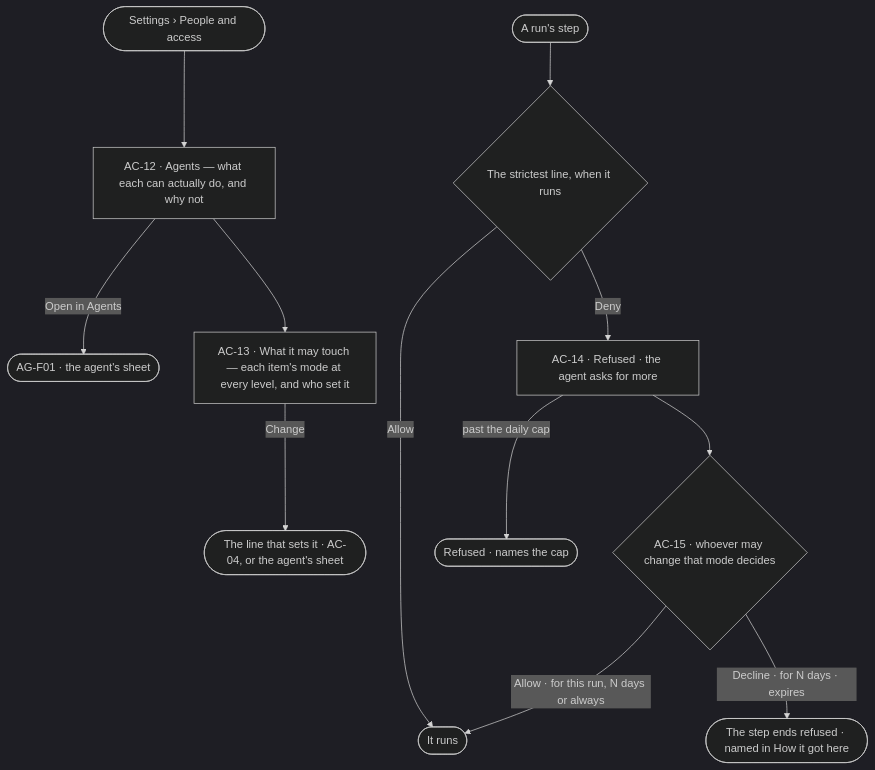
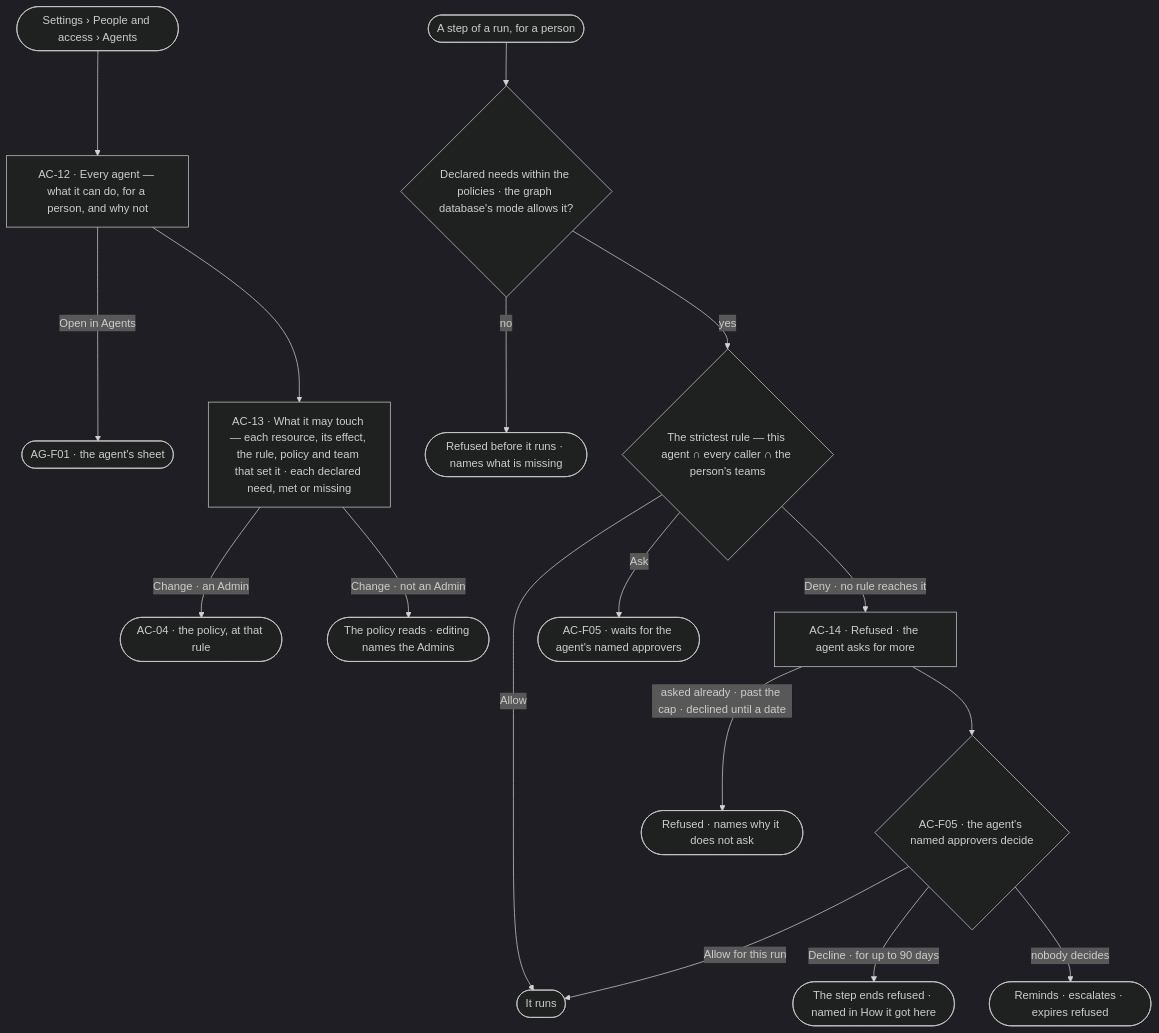
The first of 2 diagrams in specs/os/access/features/AC-F04-what-an-agent-may-touch/feature.md (invana/invana), drawn with Mermaid (dark theme) before and after one commit. The commit also changed other lines of this file and 522 other files, not shown here.

First line of the commit message:
feat(specs): specs-planes — Access, Control, Agents, Evidence and Ontology planes

````diff
--- a/specs/os/access/features/AC-F04-what-an-agent-may-touch/feature.md
+++ b/specs/os/access/features/AC-F04-what-an-agent-may-touch/feature.md
@@ -24,14 +27,19 @@
 ```mermaid
 flowchart TD
-  start([Settings › People and access]) --> ag["AC-12 · Agents — what each can actually do, and why not"]
+  start([Settings › People and access › Agents]) --> ag["AC-12 · Every agent — what it can do, for a person, and why not"]
   ag -->|Open in Agents| agx(["AG-F01 · the agent's sheet"])
-  ag --> touch["AC-13 · What it may touch — each item's mode at every level, and who set it"]
-  touch -->|Change| where(["The line that sets it · AC-04, or the agent's sheet"])
-  run([A run's step]) --> mode{"The strictest line, when it runs"}
-  mode -->|Allow| go(["It runs"])
-  mode -->|Deny| blk["AC-14 · Refused · the agent asks for more"]
-  blk -->|past the daily cap| cap(["Refused · names the cap"])
-  blk --> more{"AC-15 · whoever may change that mode decides"}
-  more -->|Allow · for this run, N days or always| go
-  more -->|Decline · for N days · expires| refd(["The step ends refused · named in How it got here"])
+  ag --> touch["AC-13 · What it may touch — each resource, its effect, the rule, policy and team that set it · each declared need, met or missing"]
+  touch -->|Change · an Admin| pol(["AC-04 · the policy, at that rule"])
+  touch -->|Change · not an Admin| ro(["The policy reads · editing names the Admins"])
+  run([A step of a run, for a person]) --> need{"Declared needs within the policies · the graph database's mode allows it?"}
+  need -->|no| nr(["Refused before it runs · names what is missing"])
+  need -->|yes| chain{"The strictest rule — this agent ∩ every caller ∩ the person's teams"}
+  chain -->|Allow| go(["It runs"])
+  chain -->|Ask| ask(["AC-F05 · waits for the agent's named approvers"])
+  chain -->|Deny · no rule reaches it| blk["AC-14 · Refused · the agent asks for more"]
+  blk -->|asked already · past the cap · declined until a date| cap(["Refused · names why it does not ask"])
+  blk --> more{"AC-F05 · the agent's named approvers decide"}
+  more -->|Allow for this run| go
+  more -->|Decline · for up to 90 days| refd(["The step ends refused · named in How it got here"])
+  more -->|nobody decides| exp(["Reminds · escalates · expires refused"])
 ```
````
